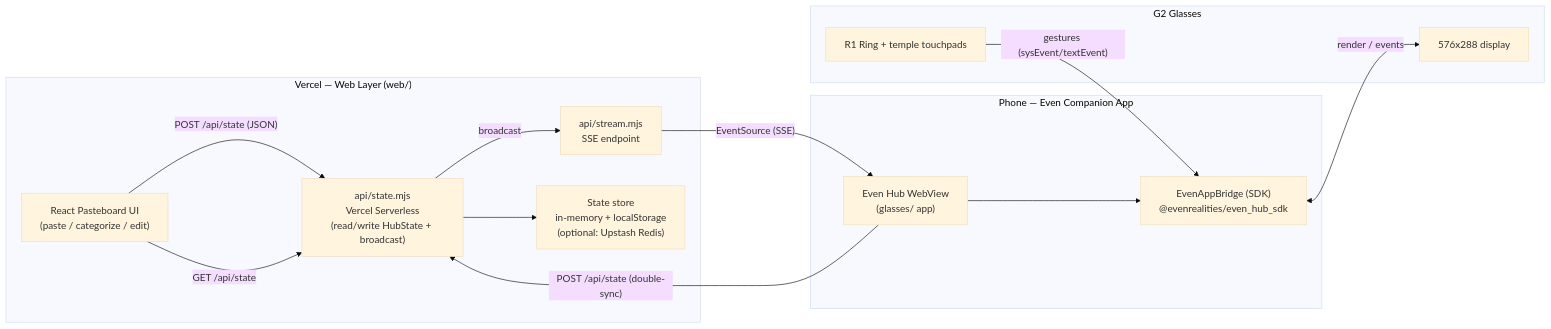
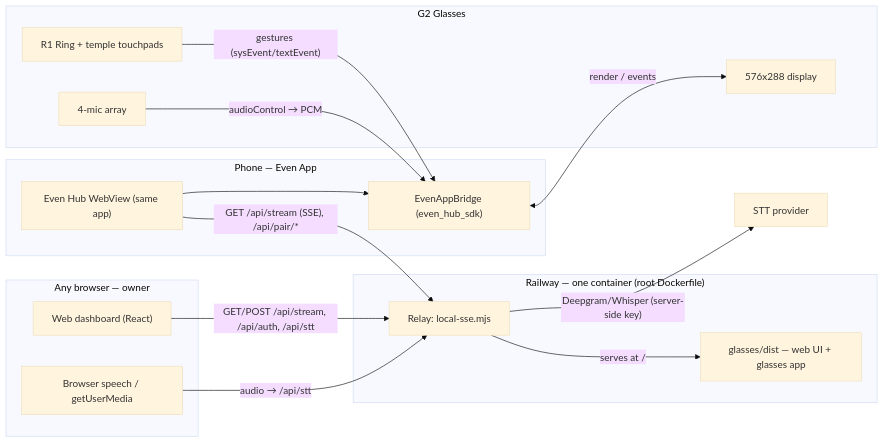
One commit to NicChoo96/g2-even-note-taking changed the diagram in docs/architecture.md. Above: the diagram before and after it, drawn with Mermaid (base theme). The commit also changed other lines of this file and 1 other file, not shown here.

First line of the commit message:
Docs: reflect unified Railway deploy (drop Vercel), refresh build/package + voice

````diff
--- a/docs/architecture.md
+++ b/docs/architecture.md
@@ -5,29 +37,33 @@
 ```mermaid
 flowchart LR
-    subgraph Vercel["Vercel — Web Layer (web/)"]
-        UI["React Pasteboard UI<br/>(paste / categorize / edit)"]
-        API["api/state.mjs<br/>Vercel Serverless<br/>(read/write HubState + broadcast)"]
-        SSE["api/stream.mjs<br/>SSE endpoint"]
-        STORE["State store<br/>in-memory + localStorage<br/>(optional: Upstash Redis)"]
+    subgraph Railway["Railway — one container (root Dockerfile)"]
+        RELAY["Relay: local-sse.mjs"]
+        APP["glasses/dist — web UI + glasses app"]
+        RELAY -- "serves at /" --> APP
     end
 
-    subgraph Companion["Phone — Even Companion App"]
-        WEBVIEW["Even Hub WebView<br/>(glasses/ app)"]
-        BRIDGE["EvenAppBridge (SDK)<br/>@evenrealities/even_hub_sdk"]
+    subgraph Browser["Any browser — owner"]
+        UI["Web dashboard (React)"]
+        SPEECH["Browser speech / getUserMedia"]
+    end
+
+    subgraph EvenApp["Phone — Even App"]
+        WV["Even Hub WebView (same app)"]
+        BRIDGE["EvenAppBridge (even_hub_sdk)"]
     end
 
     subgraph G2["G2 Glasses"]
         DISPLAY["576x288 display"]
         RING["R1 Ring + temple touchpads"]
+        MIC["4-mic array"]
     end
 
-    UI -- "POST /api/state (JSON)" --> API
-    API --> STORE
-    API -- "broadcast" --> SSE
-    UI -- "GET /api/state" --> API
-    SSE -- "EventSource (SSE)" --> WEBVIEW
-    WEBVIEW --> BRIDGE
+    UI -- "GET/POST /api/stream, /api/auth, /api/stt" --> RELAY
+    SPEECH -- "audio → /api/stt" --> RELAY
+    WV -- "GET /api/stream (SSE), /api/pair/*" --> RELAY
+    WV --> BRIDGE
     BRIDGE <-- "render / events" --> DISPLAY
     RING -- "gestures (sysEvent/textEvent)" --> BRIDGE
-    WEBVIEW -- "POST /api/state (double-sync)" --> API
+    MIC -- "audioControl → PCM" --> BRIDGE
+    RELAY -- "Deepgram/Whisper (server-side key)" --> CLOUDSTT["STT provider"]
 ```
````
